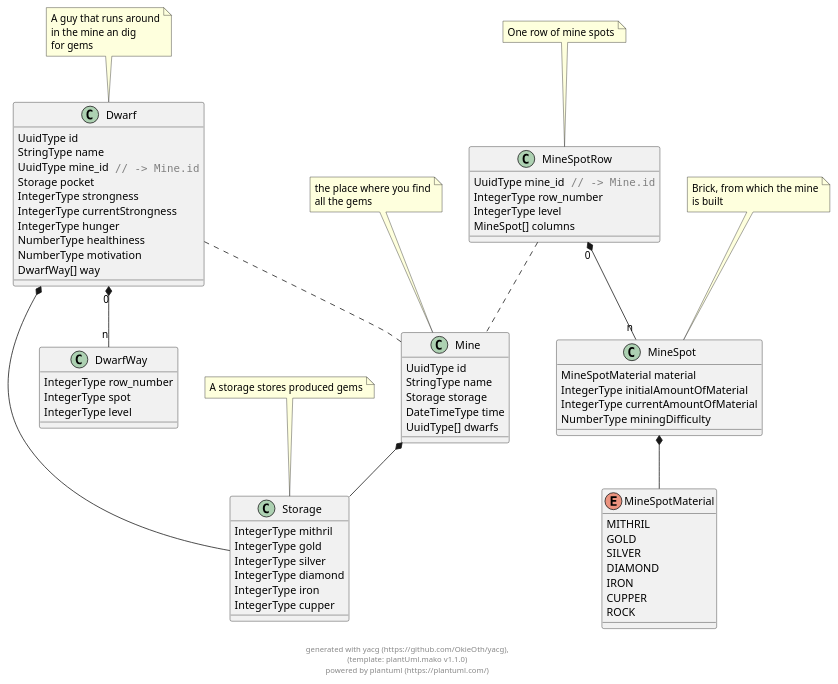
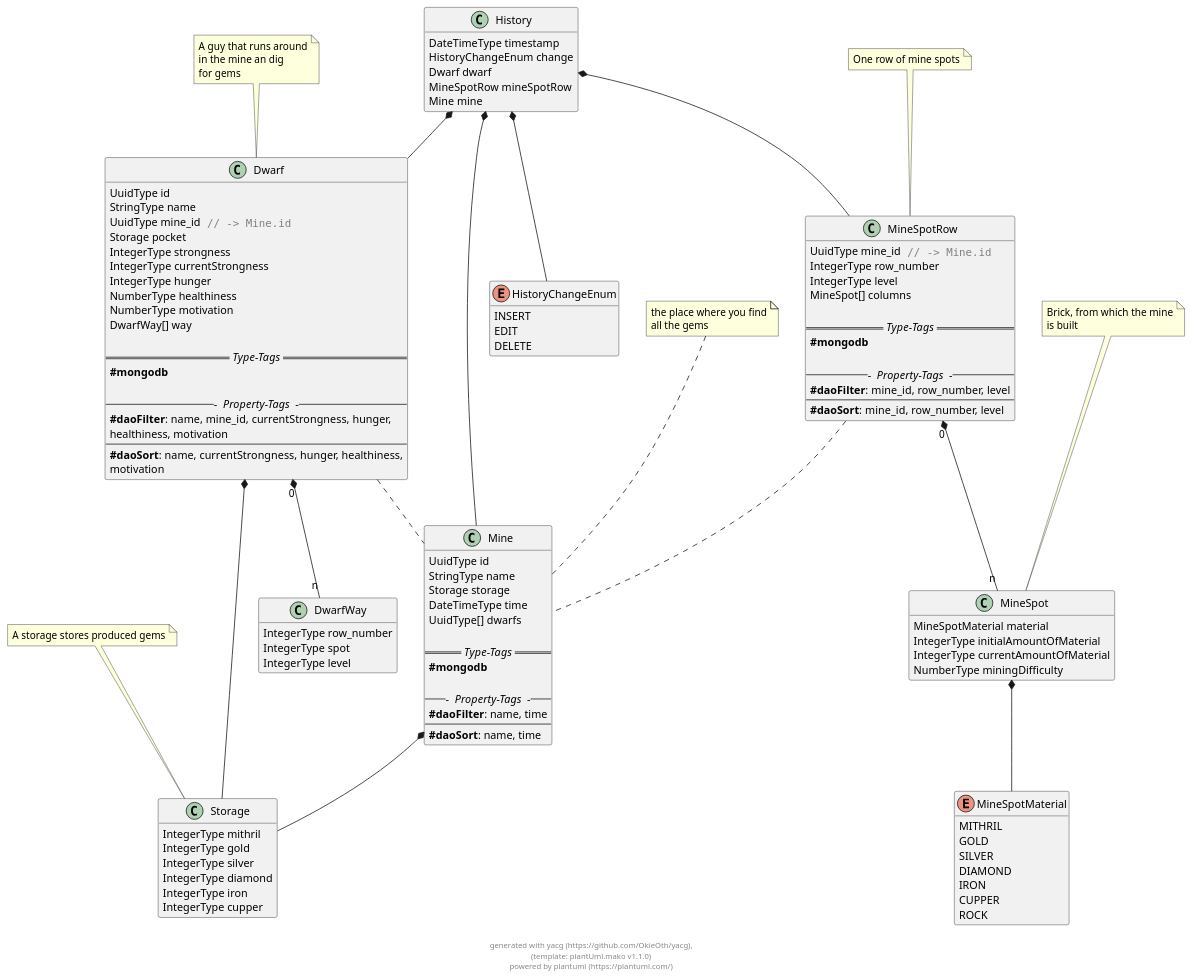
One commit to OkieOth/nibelheim_ts changed the diagram in docs/generated/nibelheim.puml. Above: the diagram before and after it, drawn with PlantUML. The commit also changed 14 other files, not shown here.

```diff
--- a/docs/generated/nibelheim.puml
+++ b/docs/generated/nibelheim.puml
@@ -2,131 +2,193 @@
 @startuml
+hide empty methods
 
 class Mine {
         UuidType id
         StringType name
         Storage storage
         DateTimeType time
         UuidType[] dwarfs
+
+        == // Type-Tags // ==
+        **#mongodb**
+        
+        --- // Property-Tags // ---
+        **#daoFilter**: name, time
+        --
+        **#daoSort**: name, time
 }
 
 note top: the place where you find\nall the gems
 
 class Storage {
         IntegerType mithril
         IntegerType gold
         IntegerType silver
         IntegerType diamond
         IntegerType iron
         IntegerType cupper
+        
 }
 
 note top: A storage stores produced gems
 
 enum MineSpotMaterial {
     MITHRIL
     GOLD
     SILVER
     DIAMOND
     IRON
     CUPPER
     ROCK
 }
 
 
 class MineSpot {
         MineSpotMaterial material
         IntegerType initialAmountOfMaterial
         IntegerType currentAmountOfMaterial
         NumberType miningDifficulty
+        
 }
 
 note top: Brick, from which the mine\nis built
 
 class MineSpotRow {
         UuidType mine_id<color:grey>"" // -> Mine.id""</color>
         IntegerType row_number
         IntegerType level
         MineSpot[] columns
+
+        == // Type-Tags // ==
+        **#mongodb**
+        
+        --- // Property-Tags // ---
+        **#daoFilter**: mine_id, row_number, level
+        --
+        **#daoSort**: mine_id, row_number, level
 }
 
 note top: One row of mine spots
 
 class Dwarf {
         UuidType id
         StringType name
         UuidType mine_id<color:grey>"" // -> Mine.id""</color>
         Storage pocket
         IntegerType strongness
         IntegerType currentStrongness
         IntegerType hunger
         NumberType healthiness
         NumberType motivation
         DwarfWay[] way
+
+        == // Type-Tags // ==
+        **#mongodb**
+        
+        --- // Property-Tags // ---
+        **#daoFilter**: name, mine_id, currentStrongness, hunger, 
+healthiness, motivation
+        --
+        **#daoSort**: name, currentStrongness, hunger, healthiness, 
+motivation
 }
 
 note top: A guy that runs around\nin the mine an dig\nfor gems
 
 class DwarfWay {
         IntegerType row_number
         IntegerType spot
         IntegerType level
+        
+}
+
+
+class History {
+        DateTimeType timestamp
+        HistoryChangeEnum change
+        Dwarf dwarf
+        MineSpotRow mineSpotRow
+        Mine mine
+        
+}
+
+
+enum HistoryChangeEnum {
+    INSERT
+    EDIT
+    DELETE
 }
 
 
 
     
 
 
 Mine  *--  Storage
             
 
 
 
     
 
 
 
 
 
 
     
     
 MineSpot  *--  MineSpotMaterial
             
 
 
 
 
     
 
 MineSpotRow .. Mine
             
 
 
 MineSpotRow "0" *-- "n" MineSpot
             
 
     
 
 
 
 Dwarf .. Mine
             
 Dwarf  *--  Storage
             
 
 
 
 
 
 
 Dwarf "0" *-- "n" DwarfWay
             
 
     
 
 
 
+    
+
+History  *--  HistoryChangeEnum
+            
+
+History  *--  Dwarf
+            
+
+History  *--  MineSpotRow
+            
+
+History  *--  Mine
+            
+
+    
 
 footer \ngenerated with yacg (https://github.com/OkieOth/yacg),\n(template: plantUml.mako v1.1.0)\npowered by plantuml (https://plantuml.com/)
 @enduml
```
